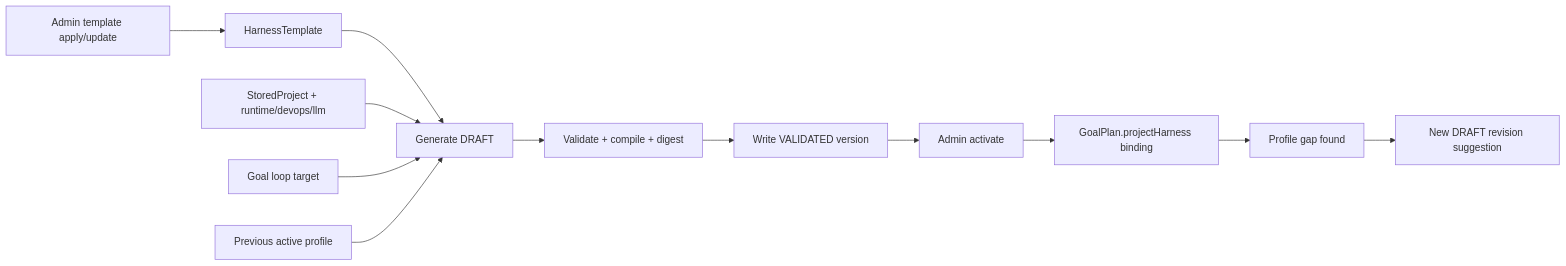
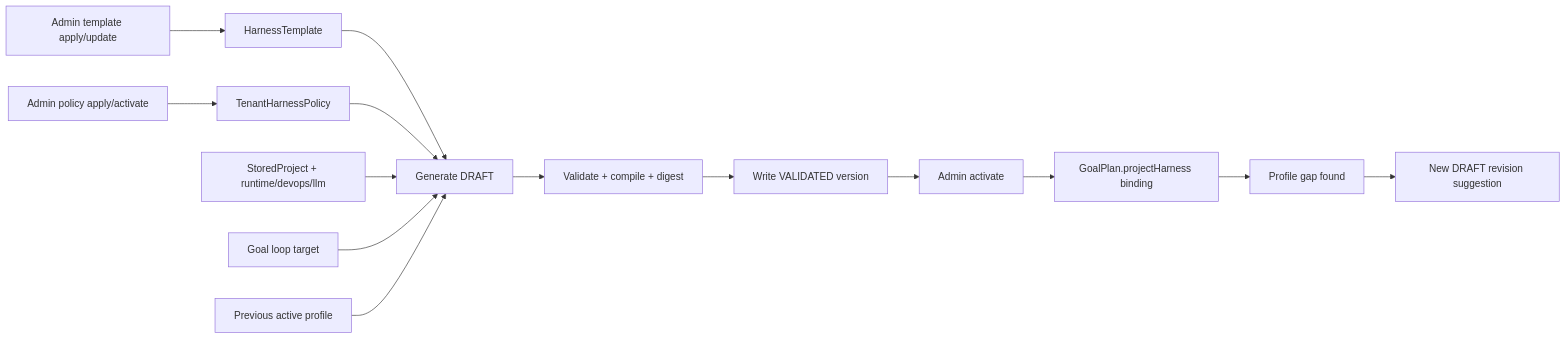
One commit to yeliang-wang/evopilot changed the diagram in docs/architecture/project-harness-profile.md. Above: the diagram before and after it, drawn with Mermaid. The commit also changed other lines of this file and 17 other files, not shown here.

Commit message:
Add tenant harness policy control plane

````diff
--- a/docs/architecture/project-harness-profile.md
+++ b/docs/architecture/project-harness-profile.md
@@ -16,14 +18,16 @@
 ```mermaid
 flowchart LR
   Admin["Admin template apply/update"] --> Template["HarnessTemplate"]
+  PolicyAdmin["Admin policy apply/activate"] --> Policy["TenantHarnessPolicy"]
   Template["HarnessTemplate"] --> Generate["Generate DRAFT"]
+  Policy["TenantHarnessPolicy"] --> Generate
   Project["StoredProject + runtime/devops/llm"] --> Generate
   Goal["Goal loop target"] --> Generate
   Previous["Previous active profile"] --> Generate
   Generate --> Validate["Validate + compile + digest"]
   Validate --> Apply["Write VALIDATED version"]
   Apply --> Activate["Admin activate"]
   Activate --> Plan["GoalPlan.projectHarness binding"]
   Plan --> Gap["Profile gap found"]
   Gap --> Revision["New DRAFT revision suggestion"]
 ```
````
